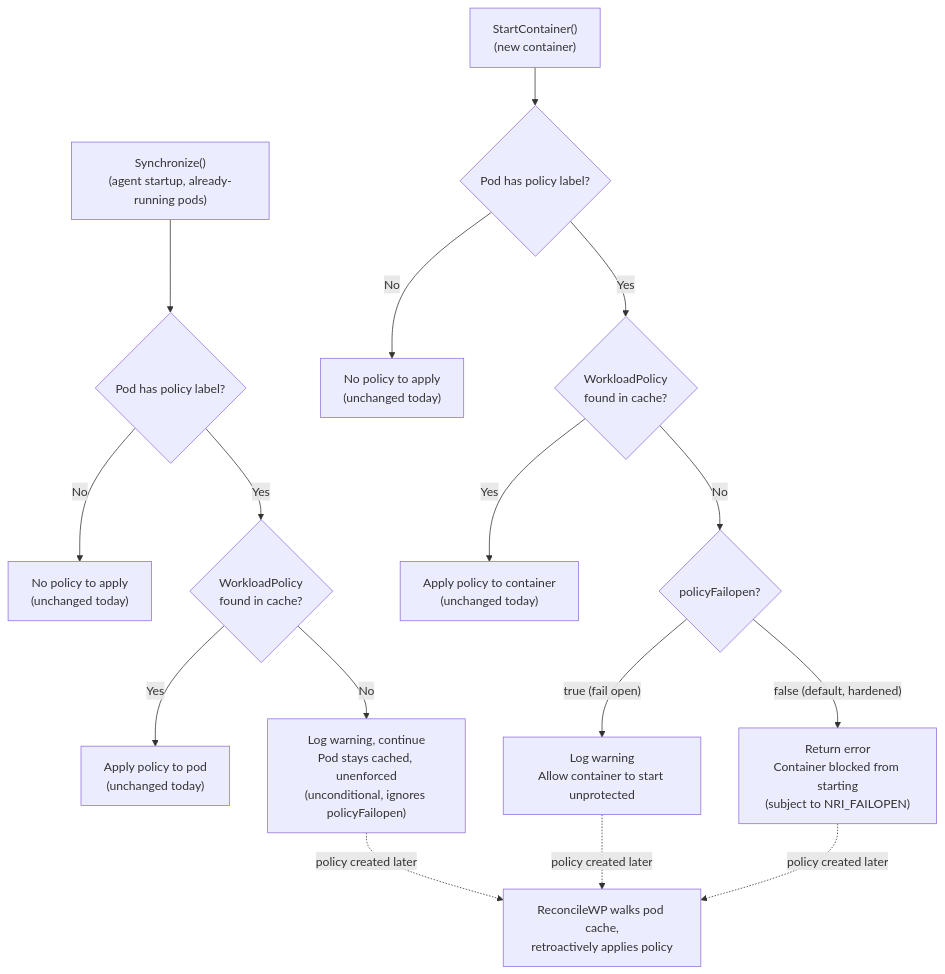
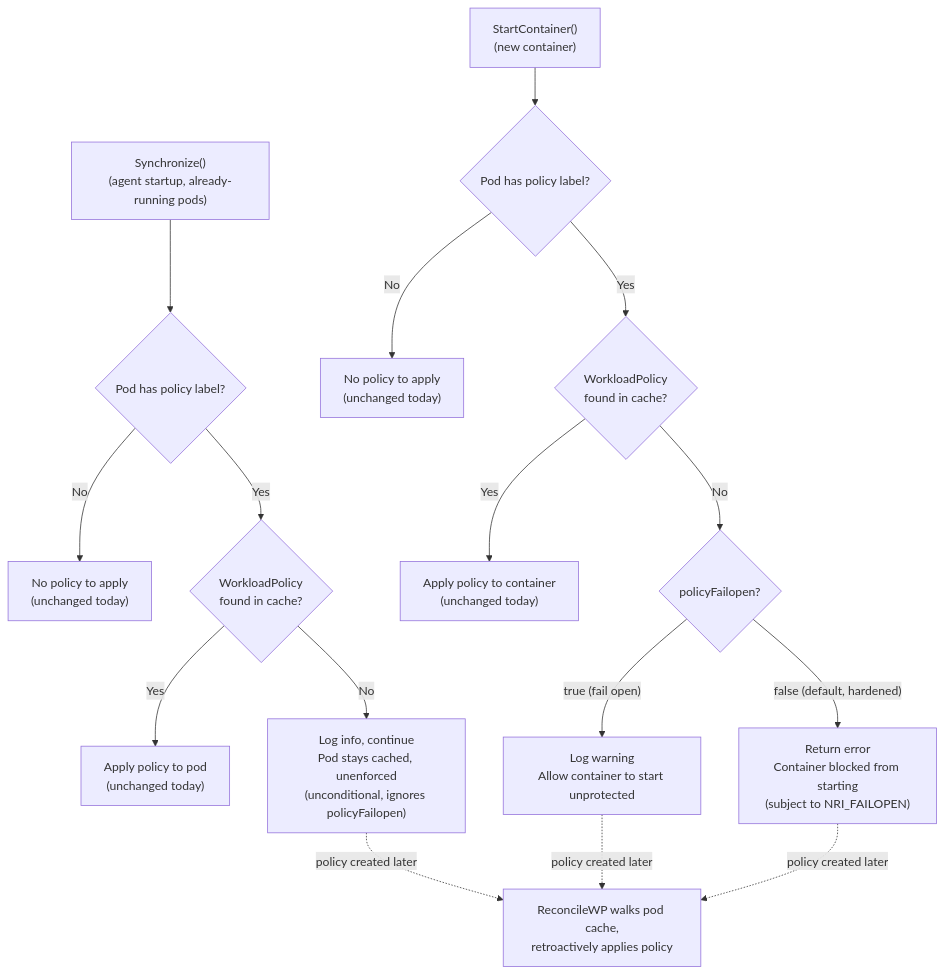
One commit to kubewarden/runtime-enforcer changed the diagram in docs/rfc/0009-missing-workload-policy-handling.md. Above: the diagram before and after it, drawn with Mermaid. The commit also changed other lines of this file and 1 other file, not shown here.

First line of the commit message:
fix(agent): log missing policy at info level during Synchronize

````diff
--- a/docs/rfc/0009-missing-workload-policy-handling.md
+++ b/docs/rfc/0009-missing-workload-policy-handling.md
@@ -162,20 +162,20 @@
 ```mermaid
 flowchart TD
     A["Synchronize()\n(agent startup, already-running pods)"] --> B{"Pod has policy label?"}
     B -- No --> Z1["No policy to apply\n(unchanged today)"]
     B -- Yes --> C{"WorkloadPolicy\nfound in cache?"}
     C -- Yes --> D1["Apply policy to pod\n(unchanged today)"]
-    C -- No --> F1["Log warning, continue\nPod stays cached, unenforced\n(unconditional, ignores policyFailopen)"]
+    C -- No --> F1["Log info, continue\nPod stays cached, unenforced\n(unconditional, ignores policyFailopen)"]
 
     A2["StartContainer()\n(new container)"] --> B2{"Pod has policy label?"}
     B2 -- No --> Z2["No policy to apply\n(unchanged today)"]
     B2 -- Yes --> C2{"WorkloadPolicy\nfound in cache?"}
     C2 -- Yes --> D2["Apply policy to container\n(unchanged today)"]
     C2 -- No --> E2{"policyFailopen?"}
     E2 -- "true (fail open)" --> F2["Log warning\nAllow container to start unprotected"]
     E2 -- "false (default, hardened)" --> G2["Return error\nContainer blocked from starting\n(subject to NRI_FAILOPEN)"]
 
     F1 -. "policy created later" .-> H["ReconcileWP walks pod cache,\nretroactively applies policy"]
     F2 -. "policy created later" .-> H
     G2 -. "policy created later" .-> H
 ```
````
